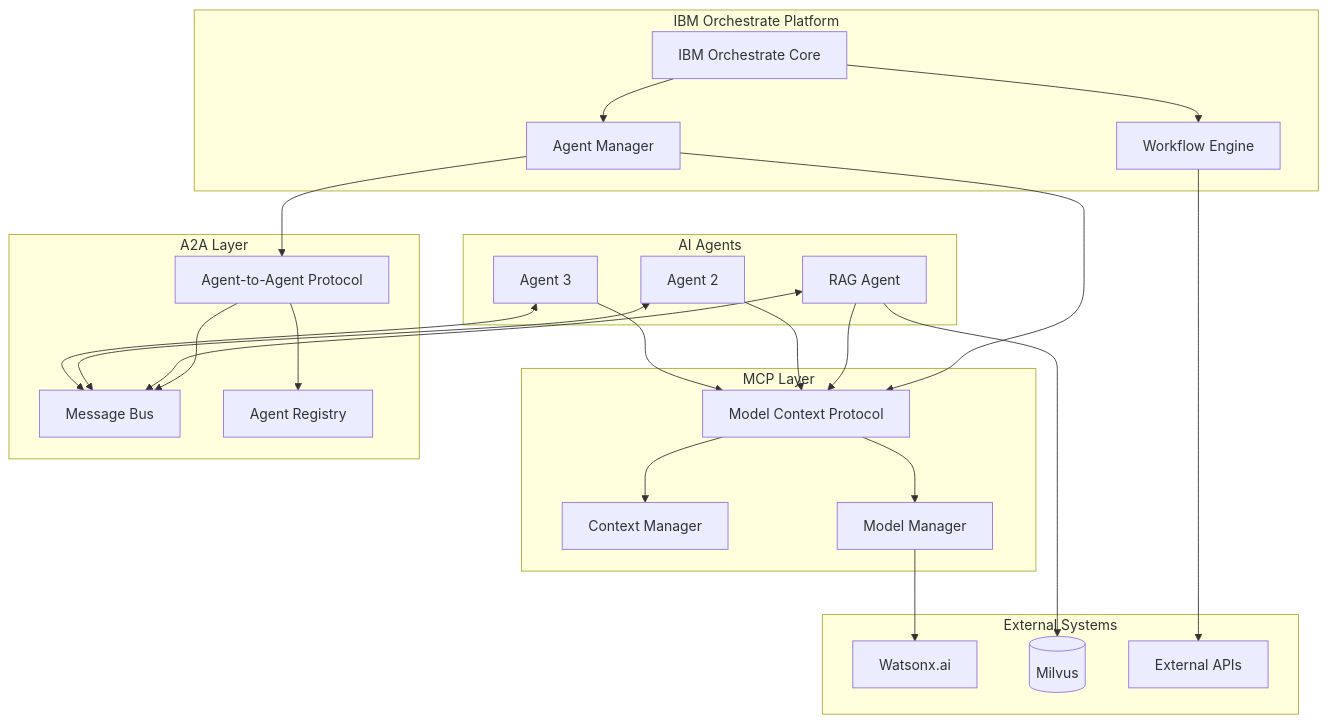
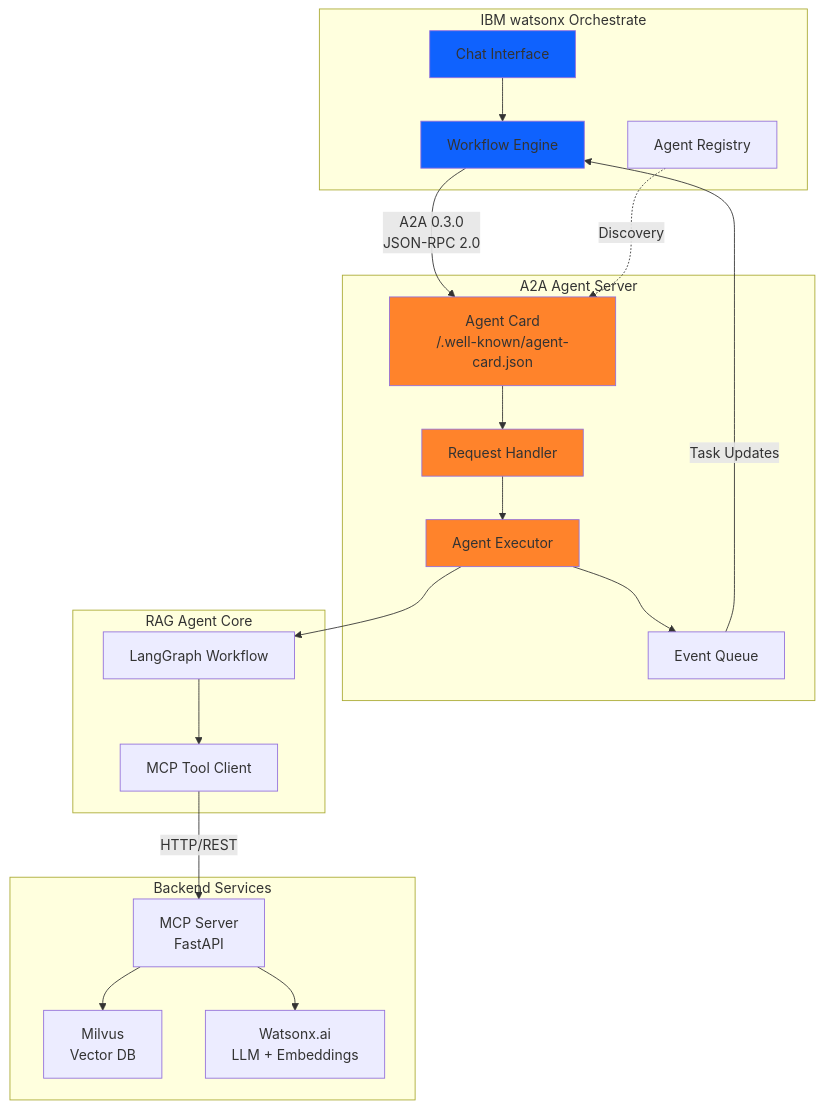
Before and after one commit to binnes/a2a: the diagram in README.md, drawn with Mermaid. The commit also changed other lines of this file and 30 other files, not shown here.

Commit message:
docs: update model configuration and Orchestrate integration details

````diff
--- a/README.md
+++ b/README.md
@@ -57,56 +58,47 @@
 ```mermaid
 graph TB
-    subgraph "IBM Orchestrate Platform"
-        O[IBM Orchestrate Core]
-        AM[Agent Manager]
-        WE[Workflow Engine]
-    end
-    
-    subgraph "MCP Layer"
-        MCP[Model Context Protocol]
-        CM[Context Manager]
-        MM[Model Manager]
-    end
-    
-    subgraph "A2A Layer"
-        A2A[Agent-to-Agent Protocol]
-        MB[Message Bus]
+    subgraph "IBM watsonx Orchestrate"
+        UI[Chat Interface]
+        WF[Workflow Engine]
         AR[Agent Registry]
     end
     
-    subgraph "AI Agents"
-        RAG[RAG Agent]
-        A2[Agent 2]
-        A3[Agent 3]
+    subgraph "A2A Agent Server"
+        AC[Agent Card<br/>/.well-known/agent-card.json]
+        RH[Request Handler]
+        AE[Agent Executor]
+        EQ[Event Queue]
     end
     
-    subgraph "External Systems"
-        WX[Watsonx.ai]
-        MV[(Milvus)]
-        API[External APIs]
+    subgraph "RAG Agent Core"
+        LG[LangGraph Workflow]
+        MCP[MCP Tool Client]
     end
     
-    O --> AM
-    O --> WE
-    AM --> MCP
-    AM --> A2A
+    subgraph "Backend Services"
+        MCPS[MCP Server<br/>FastAPI]
+        MILVUS[Milvus<br/>Vector DB]
+        WX[Watsonx.ai<br/>LLM + Embeddings]
+    end
     
-    MCP --> CM
-    MCP --> MM
-    MM --> WX
+    UI --> WF
+    WF -->|A2A 0.3.0<br/>JSON-RPC 2.0| AC
+    AC --> RH
+    RH --> AE
+    AE --> LG
+    AE --> EQ
+    EQ -->|Task Updates| WF
     
-    A2A --> MB
-    A2A --> AR
+    LG --> MCP
+    MCP -->|HTTP/REST| MCPS
+    MCPS --> MILVUS
+    MCPS --> WX
     
-    RAG --> MCP
-    RAG <--> MB
-    RAG --> MV
+    AR -.->|Discovery| AC
     
-    A2 --> MCP
-    A2 <--> MB
-    
-    A3 --> MCP
-    A3 <--> MB
-    
-    WE --> API
+    style UI fill:#0f62fe
+    style WF fill:#0f62fe
+    style AC fill:#ff832b
+    style RH fill:#ff832b
+    style AE fill:#ff832b
 ```
````
